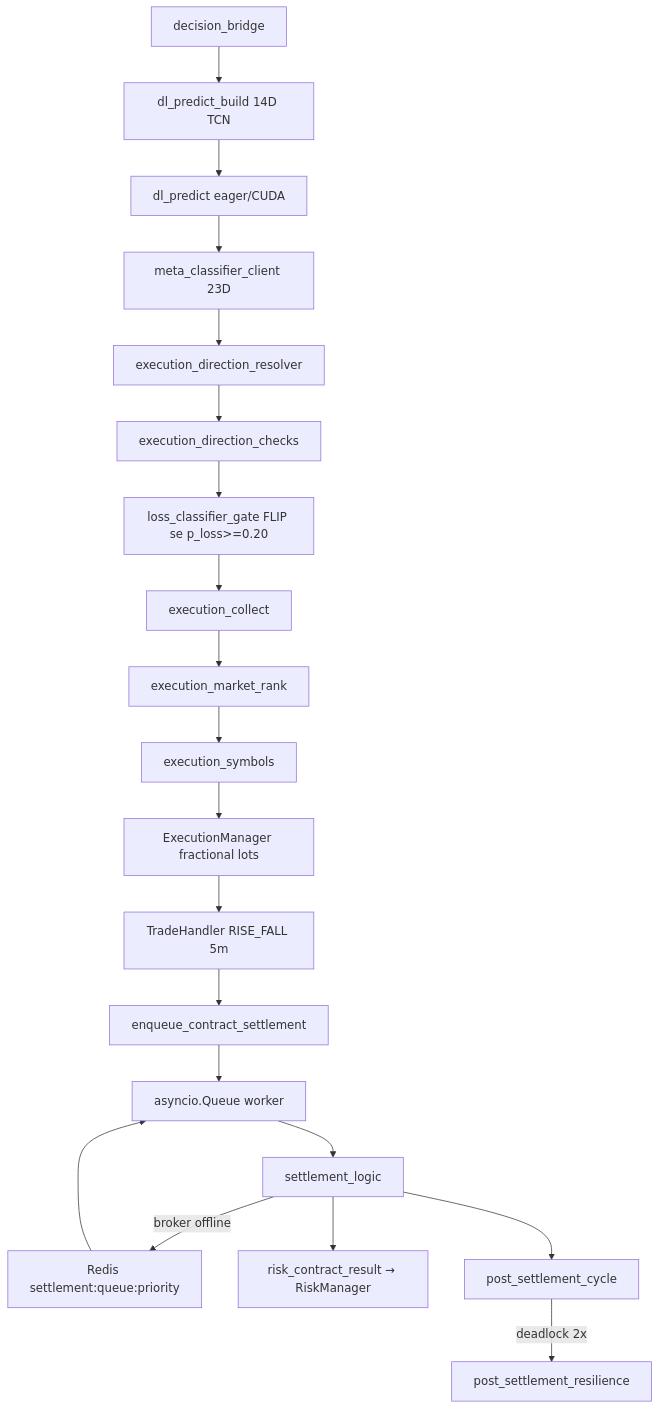
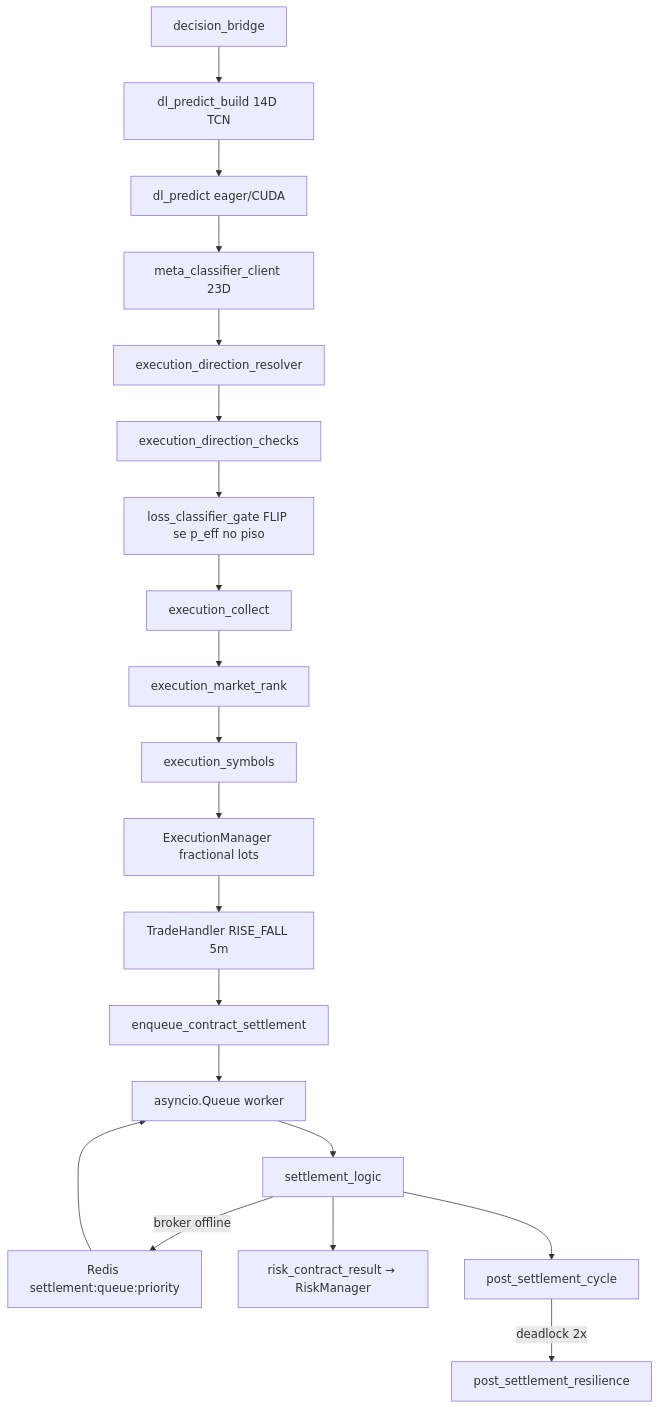
One commit to victorh-silveira/aether-quantum-engine changed the diagram in docs/structure.md. Above: the diagram before and after it, drawn with Mermaid. The commit also changed other lines of this file and 121 other files, not shown here.

````diff
--- a/docs/structure.md
+++ b/docs/structure.md
@@ -476,22 +476,22 @@
 ```mermaid
 flowchart TD
   BR[decision_bridge] --> BUNDLE[dl_predict_build 14D TCN]
   BUNDLE --> PRED[dl_predict eager/CUDA]
   PRED --> META[meta_classifier_client 23D]
   META --> RES[execution_direction_resolver]
   RES --> CHK[execution_direction_checks]
-  CHK --> LOSS[loss_classifier_gate FLIP se p_loss>=0.20]
+  CHK --> LOSS[loss_classifier_gate FLIP se p_eff no piso]
   LOSS --> COL[execution_collect]
   COL --> RANK[execution_market_rank]
   RANK --> SYM[execution_symbols]
   SYM --> EM[ExecutionManager fractional lots]
   EM --> TH[TradeHandler RISE_FALL 5m]
   TH --> ENQ[enqueue_contract_settlement]
   ENQ --> WQ[asyncio.Queue worker]
   WQ --> ST[settlement_logic]
   ST -->|broker offline| RQ[Redis settlement:queue:priority]
   RQ --> WQ
   ST --> RM[risk_contract_result → RiskManager]
   ST --> PSC[post_settlement_cycle]
   PSC -->|deadlock 2x| REC[post_settlement_resilience]
 ```
````
